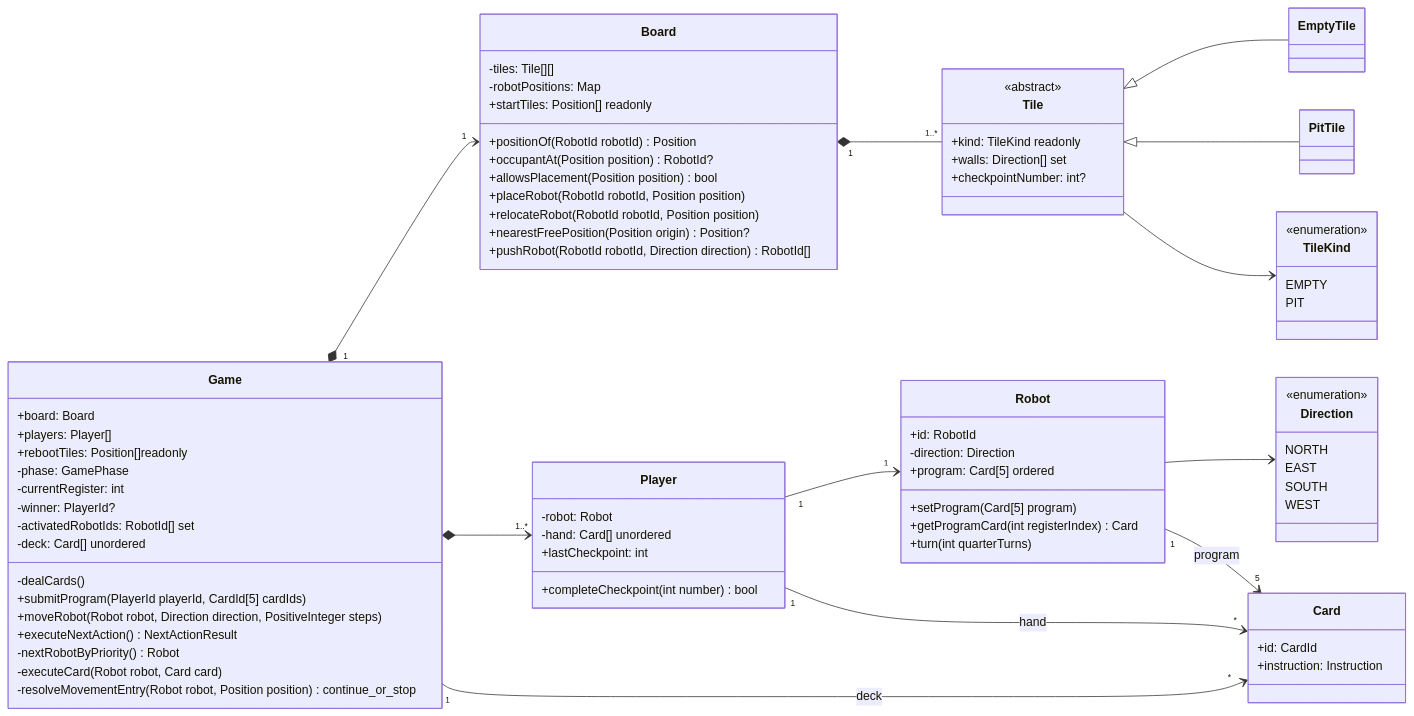
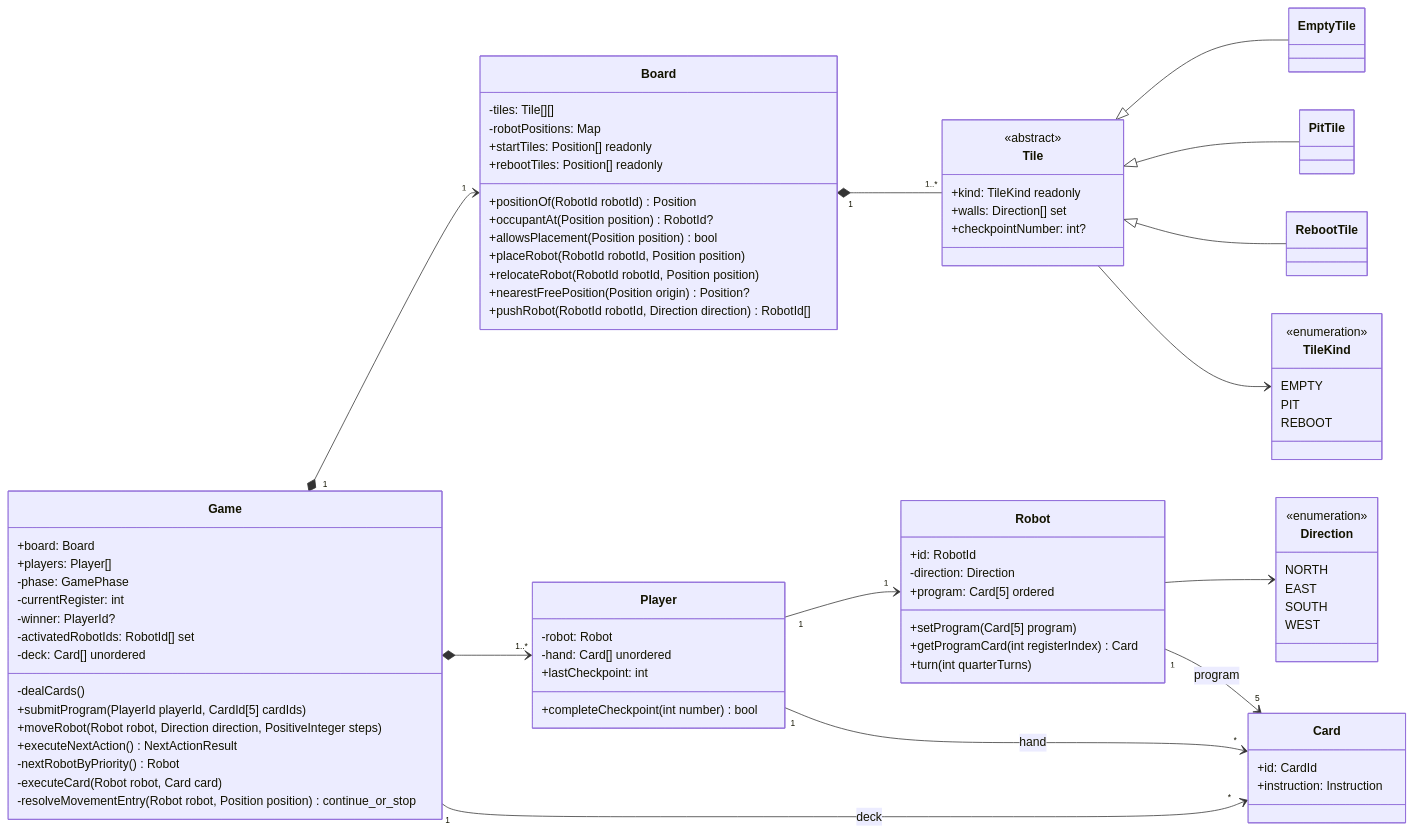
Before and after one commit to hananinas/RoboRally: the diagram in docs/game_model_UML.md, drawn with Mermaid. The commit also changed other lines of this file and 3 other files, not shown here.

Commit message:
docs(contract): describe reboot tiles as REBOOT board tiles

```diff
--- a/docs/game_model_UML.md
+++ b/docs/game_model_UML.md
@@ -8,7 +8,6 @@
         class Game {
         +board: Board
         +players: Player[]
-        +rebootTiles: Position[]readonly
         -phase: GamePhase
         -currentRegister: int
         -winner: PlayerId?
@@ -27,6 +26,7 @@
         -tiles: Tile[][]
         -robotPositions: Map
         +startTiles: Position[] readonly
+        +rebootTiles: Position[] readonly
         +positionOf(RobotId robotId) Position
         +occupantAt(Position position) RobotId?
         +allowsPlacement(Position position) bool
@@ -45,11 +45,13 @@
 
         class EmptyTile
         class PitTile
+        class RebootTile
 
         class TileKind {
             <<enumeration>>
             EMPTY
             PIT
+            REBOOT
         }
 
         class Player {
@@ -88,6 +90,7 @@
         Robot --> Direction
         Tile <|-- EmptyTile
         Tile <|-- PitTile
+        Tile <|-- RebootTile
         Tile --> TileKind
 
         Player "1" --> "1" Robot
```
